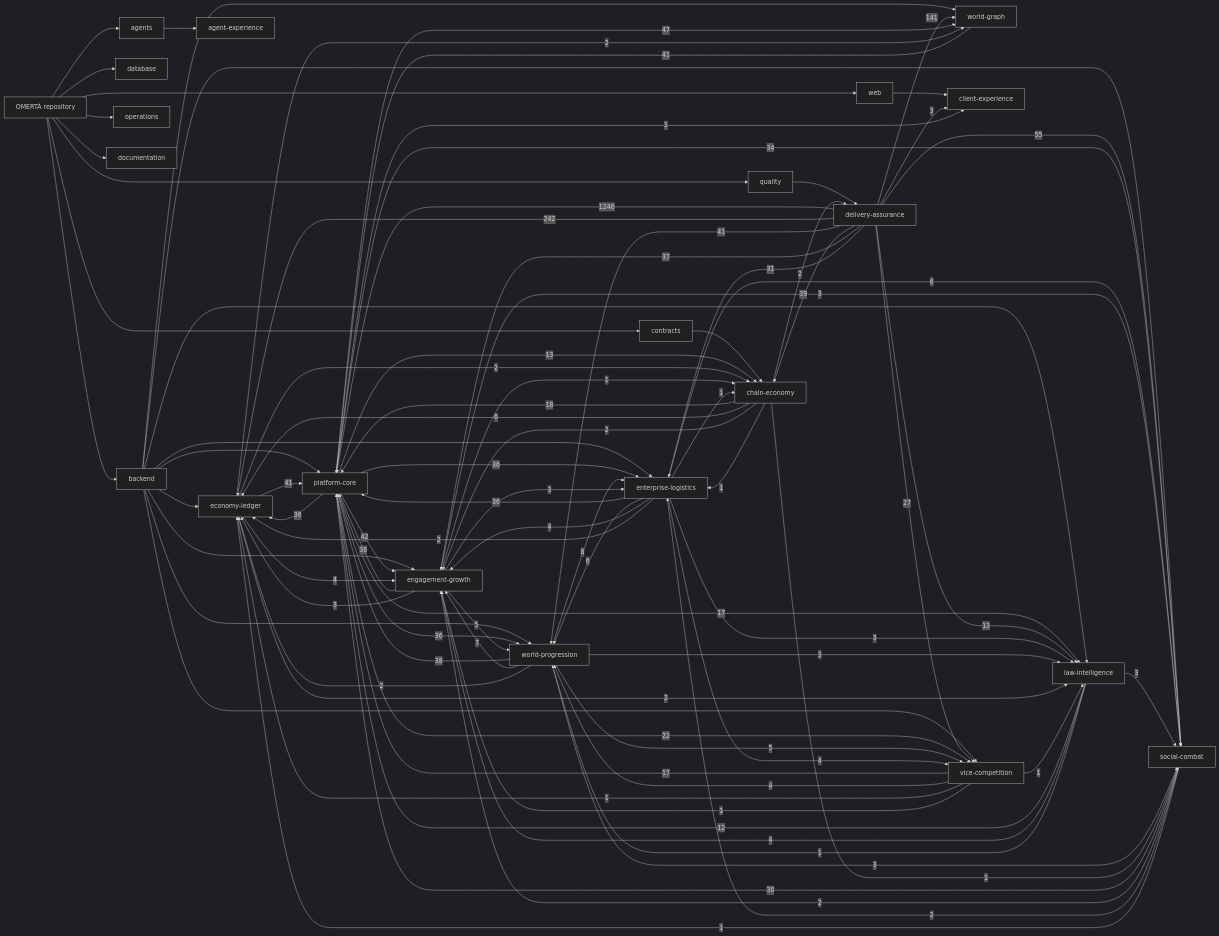
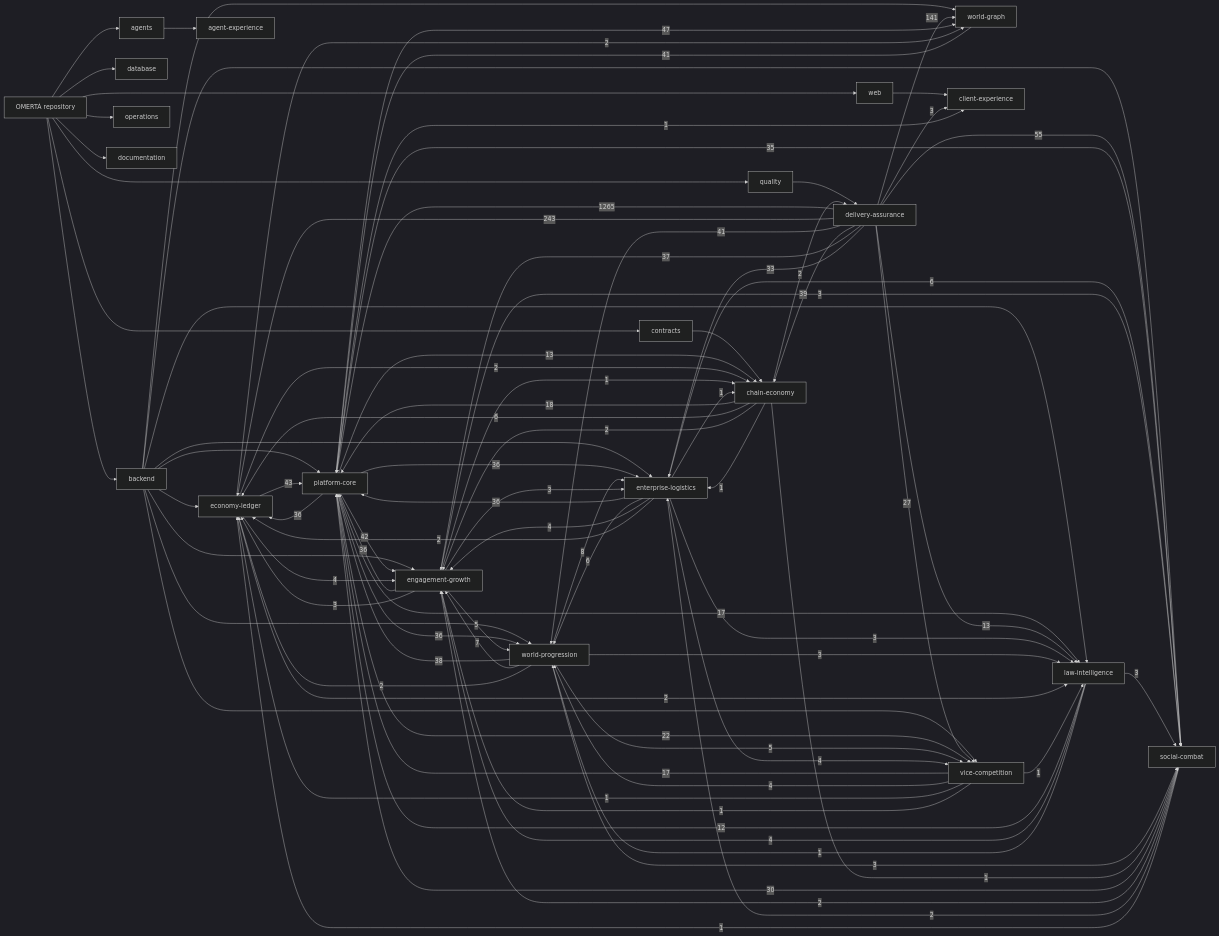
The diagram in knowledge/generated/graph.mmd (OmertaDev/Omerta), drawn with Mermaid (dark theme) before and after one commit. The commit also changed 8 other files, not shown here.

```diff
--- a/knowledge/generated/graph.mmd
+++ b/knowledge/generated/graph.mmd
@@ -1,111 +1,111 @@
 flowchart LR
   repo["OMERTÀ repository"]
   sub_backend["backend"]
   repo --> sub_backend
   sub_database["database"]
   repo --> sub_database
   sub_web["web"]
   repo --> sub_web
   sub_contracts["contracts"]
   repo --> sub_contracts
   sub_agents["agents"]
   repo --> sub_agents
   sub_quality["quality"]
   repo --> sub_quality
   sub_operations["operations"]
   repo --> sub_operations
   sub_documentation["documentation"]
   repo --> sub_documentation
   dom_platform-core["platform-core"]
   dom_economy-ledger["economy-ledger"]
   dom_social-combat["social-combat"]
   dom_world-progression["world-progression"]
   dom_world-graph["world-graph"]
   dom_enterprise-logistics["enterprise-logistics"]
   dom_vice-competition["vice-competition"]
   dom_law-intelligence["law-intelligence"]
   dom_chain-economy["chain-economy"]
   dom_engagement-growth["engagement-growth"]
   dom_client-experience["client-experience"]
   dom_agent-experience["agent-experience"]
   dom_delivery-assurance["delivery-assurance"]
   sub_agents --> dom_agent-experience
   sub_backend --> dom_economy-ledger
   sub_backend --> dom_engagement-growth
   sub_backend --> dom_enterprise-logistics
   sub_backend --> dom_law-intelligence
   sub_backend --> dom_platform-core
   sub_backend --> dom_social-combat
   sub_backend --> dom_vice-competition
   sub_backend --> dom_world-graph
   sub_backend --> dom_world-progression
   sub_contracts --> dom_chain-economy
   sub_quality --> dom_delivery-assurance
   sub_web --> dom_client-experience
-  dom_delivery-assurance -->|1246| dom_platform-core
-  dom_delivery-assurance -->|242| dom_economy-ledger
+  dom_delivery-assurance -->|1265| dom_platform-core
+  dom_delivery-assurance -->|243| dom_economy-ledger
   dom_delivery-assurance -->|141| dom_world-graph
   dom_delivery-assurance -->|55| dom_social-combat
   dom_platform-core -->|47| dom_world-graph
+  dom_economy-ledger -->|43| dom_platform-core
   dom_platform-core -->|42| dom_engagement-growth
   dom_delivery-assurance -->|41| dom_world-progression
-  dom_economy-ledger -->|41| dom_platform-core
   dom_world-graph -->|41| dom_platform-core
   dom_delivery-assurance -->|39| dom_chain-economy
   dom_world-progression -->|38| dom_platform-core
   dom_delivery-assurance -->|37| dom_engagement-growth
   dom_engagement-growth -->|36| dom_platform-core
   dom_enterprise-logistics -->|36| dom_platform-core
   dom_platform-core -->|36| dom_economy-ledger
   dom_platform-core -->|36| dom_enterprise-logistics
   dom_platform-core -->|36| dom_world-progression
-  dom_platform-core -->|34| dom_social-combat
-  dom_delivery-assurance -->|31| dom_enterprise-logistics
+  dom_platform-core -->|35| dom_social-combat
+  dom_delivery-assurance -->|33| dom_enterprise-logistics
   dom_social-combat -->|30| dom_platform-core
   dom_delivery-assurance -->|27| dom_vice-competition
   dom_platform-core -->|22| dom_vice-competition
   dom_chain-economy -->|18| dom_platform-core
   dom_platform-core -->|17| dom_law-intelligence
   dom_vice-competition -->|17| dom_platform-core
   dom_delivery-assurance -->|13| dom_law-intelligence
   dom_platform-core -->|13| dom_chain-economy
   dom_law-intelligence -->|12| dom_platform-core
   dom_world-progression -->|8| dom_enterprise-logistics
   dom_world-progression -->|7| dom_engagement-growth
   dom_chain-economy -->|6| dom_economy-ledger
   dom_enterprise-logistics -->|6| dom_social-combat
   dom_enterprise-logistics -->|6| dom_world-progression
   dom_engagement-growth -->|5| dom_world-progression
   dom_world-progression -->|5| dom_vice-competition
   dom_economy-ledger -->|4| dom_engagement-growth
   dom_enterprise-logistics -->|4| dom_engagement-growth
   dom_enterprise-logistics -->|4| dom_vice-competition
   dom_law-intelligence -->|4| dom_engagement-growth
   dom_vice-competition -->|4| dom_world-progression
   dom_delivery-assurance -->|3| dom_client-experience
   dom_engagement-growth -->|3| dom_economy-ledger
   dom_engagement-growth -->|3| dom_enterprise-logistics
   dom_engagement-growth -->|3| dom_social-combat
   dom_enterprise-logistics -->|3| dom_law-intelligence
   dom_law-intelligence -->|3| dom_social-combat
   dom_world-progression -->|3| dom_law-intelligence
   dom_world-progression -->|3| dom_social-combat
   dom_chain-economy -->|2| dom_delivery-assurance
   dom_chain-economy -->|2| dom_engagement-growth
   dom_economy-ledger -->|2| dom_chain-economy
   dom_economy-ledger -->|2| dom_law-intelligence
   dom_economy-ledger -->|2| dom_world-graph
   dom_enterprise-logistics -->|2| dom_economy-ledger
   dom_social-combat -->|2| dom_engagement-growth
   dom_social-combat -->|2| dom_enterprise-logistics
   dom_world-progression -->|2| dom_economy-ledger
   dom_chain-economy -->|1| dom_enterprise-logistics
   dom_chain-economy -->|1| dom_social-combat
   dom_engagement-growth -->|1| dom_chain-economy
   dom_enterprise-logistics -->|1| dom_chain-economy
   dom_law-intelligence -->|1| dom_world-progression
   dom_platform-core -->|1| dom_client-experience
   dom_social-combat -->|1| dom_economy-ledger
   dom_vice-competition -->|1| dom_economy-ledger
   dom_vice-competition -->|1| dom_engagement-growth
   dom_vice-competition -->|1| dom_law-intelligence
```
